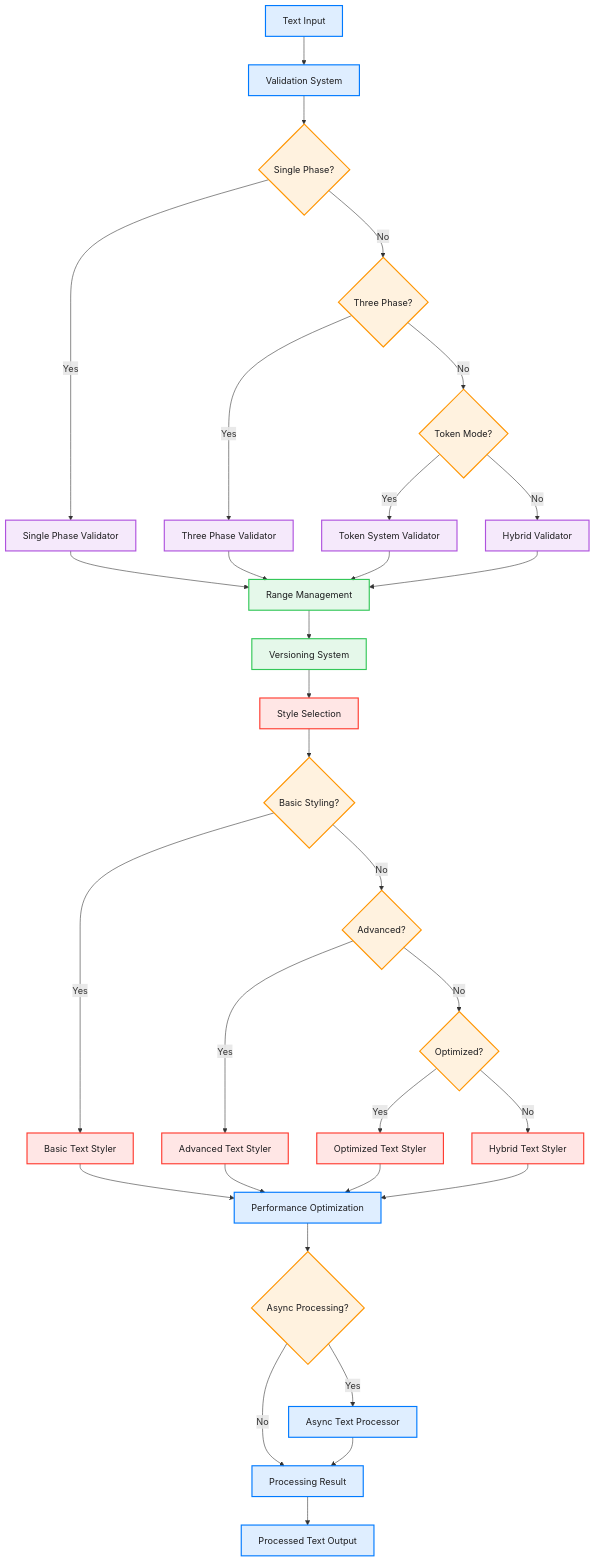
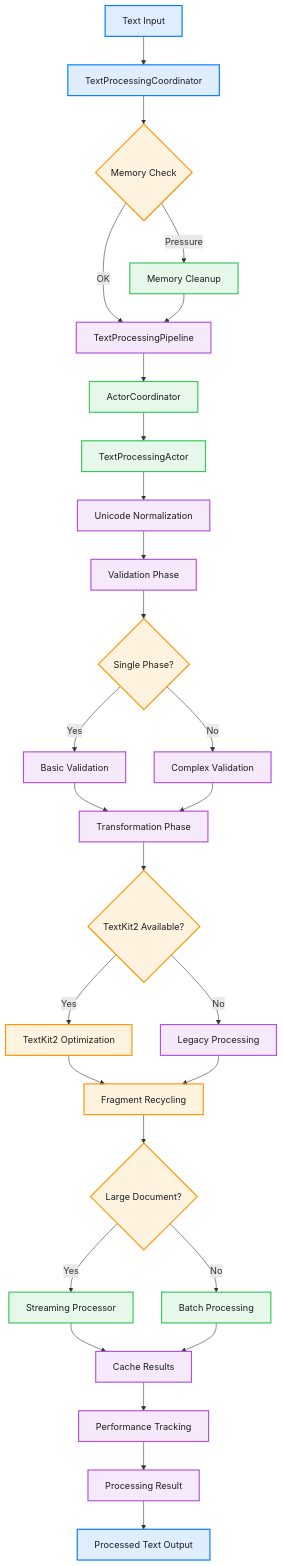
One commit to ajmcclary/CodeEditorKit changed the second of 2 diagrams in Diagrams/17-advanced-text-processing-pipeline.md. Above: the diagram before and after it, drawn with Mermaid. The commit also changed other lines of this file and 29 other files, not shown here.

First line of the commit message:
Enhance architecture documentation and add debugging integration

````diff
--- a/Diagrams/17-advanced-text-processing-pipeline.md
+++ b/Diagrams/17-advanced-text-processing-pipeline.md
@@ -368,78 +524,75 @@
 ```mermaid
 flowchart TB
-    INPUT[Text Input] --> VALIDATE[Validation System]
+    INPUT[Text Input] --> COORD[TextProcessingCoordinator]
+    
+    COORD --> MEMORY{Memory Check}
+    MEMORY -->|OK| PIPELINE[TextProcessingPipeline]
+    MEMORY -->|Pressure| CLEANUP[Memory Cleanup]
+    CLEANUP --> PIPELINE
+    
+    PIPELINE --> ACTOR[ActorCoordinator]
+    ACTOR --> TEXTACTOR[TextProcessingActor]
+    
+    TEXTACTOR --> UNICODE[Unicode Normalization]
+    UNICODE --> VALIDATE[Validation Phase]
     
     VALIDATE --> SINGLE{Single Phase?}
-    SINGLE -->|Yes| SINGLEV[Single Phase Validator]
-    SINGLE -->|No| THREE{Three Phase?}
+    SINGLE -->|Yes| BASIC[Basic Validation]
+    SINGLE -->|No| COMPLEX[Complex Validation]
     
-    THREE -->|Yes| THREEV[Three Phase Validator]
-    THREE -->|No| TOKEN{Token Mode?}
+    BASIC --> TRANSFORM[Transformation Phase]
+    COMPLEX --> TRANSFORM
     
-    TOKEN -->|Yes| TOKENV[Token System Validator]
-    TOKEN -->|No| HYBRID[Hybrid Validator]
+    TRANSFORM --> TEXTKIT2{TextKit2 Available?}
+    TEXTKIT2 -->|Yes| TK2OPT[TextKit2 Optimization]
+    TEXTKIT2 -->|No| LEGACY[Legacy Processing]
     
-    SINGLEV --> RANGE[Range Management]
-    THREEV --> RANGE
-    TOKENV --> RANGE
-    HYBRID --> RANGE
+    TK2OPT --> FRAGMENT[Fragment Recycling]
+    LEGACY --> FRAGMENT
     
-    RANGE --> VERSION[Versioning System]
-    VERSION --> STYLE[Style Selection]
+    FRAGMENT --> STREAM{Large Document?}
+    STREAM -->|Yes| STREAMING[Streaming Processor]
+    STREAM -->|No| BATCH[Batch Processing]
     
-    STYLE --> BASIC{Basic Styling?}
-    BASIC -->|Yes| BASICS[Basic Text Styler]
-    BASIC -->|No| ADVANCED{Advanced?}
+    STREAMING --> CACHE[Cache Results]
+    BATCH --> CACHE
     
-    ADVANCED -->|Yes| ADVS[Advanced Text Styler]
-    ADVANCED -->|No| OPTIM{Optimized?}
-    
-    OPTIM -->|Yes| OPTS[Optimized Text Styler]
-    OPTIM -->|No| HYBS[Hybrid Text Styler]
-    
-    BASICS --> OPTIMIZE[Performance Optimization]
-    ADVS --> OPTIMIZE
-    OPTS --> OPTIMIZE
-    HYBS --> OPTIMIZE
-    
-    OPTIMIZE --> ASYNC{Async Processing?}
-    ASYNC -->|Yes| ASYNCP[Async Text Processor]
-    ASYNC -->|No| RESULT[Processing Result]
-    
-    ASYNCP --> RESULT
+    CACHE --> PERF[Performance Tracking]
+    PERF --> RESULT[Processing Result]
     RESULT --> OUTPUT[Processed Text Output]
 
-    %% Styling - Dark mode friendly colors
+    %% Styling
     classDef input fill:#007AFF20,stroke:#007AFF,stroke-width:2px,color:#1D1D1F
-    classDef process fill:#007AFF20,stroke:#007AFF,stroke-width:2px,color:#1D1D1F
+    classDef coordinator fill:#007AFF20,stroke:#007AFF,stroke-width:2px,color:#1D1D1F
+    classDef actor fill:#34C75920,stroke:#34C759,stroke-width:2px,color:#1D1D1F
     classDef decision fill:#FF950020,stroke:#FF9500,stroke-width:2px,color:#1D1D1F
-    classDef validator fill:#AF52DE20,stroke:#AF52DE,stroke-width:2px,color:#1D1D1F
-    classDef system fill:#34C75920,stroke:#34C759,stroke-width:2px,color:#1D1D1F
-    classDef styler fill:#FF3B3020,stroke:#FF3B30,stroke-width:2px,color:#1D1D1F
+    classDef process fill:#AF52DE20,stroke:#AF52DE,stroke-width:2px,color:#1D1D1F
+    classDef textkit2 fill:#FF950020,stroke:#FF9500,stroke-width:2px,color:#1D1D1F
+    classDef memory fill:#34C75920,stroke:#34C759,stroke-width:2px,color:#1D1D1F
     classDef output fill:#007AFF20,stroke:#007AFF,stroke-width:2px,color:#1D1D1F
     
     class INPUT input
-    class OUTPUT input
+    class OUTPUT output
+    class COORD coordinator
+    class ACTOR actor
+    class TEXTACTOR actor
+    class MEMORY decision
+    class SINGLE decision
+    class TEXTKIT2 decision
+    class STREAM decision
+    class PIPELINE process
+    class UNICODE process
     class VALIDATE process
-    class OPTIMIZE process
-    class ASYNCP process
-    class SINGLE decision
-    class THREE decision
-    class TOKEN decision
-    class BASIC decision
-    class ADVANCED decision
-    class OPTIM decision
-    class ASYNC decision
-    class SINGLEV validator
-    class THREEV validator
-    class TOKENV validator
-    class HYBRID validator
-    class RANGE system
-    class VERSION system
-    class STYLE styler
-    class BASICS styler
-    class ADVS styler
-    class OPTS styler
-    class HYBS styler
-    class RESULT output
+    class BASIC process
+    class COMPLEX process
+    class TRANSFORM process
+    class CACHE process
+    class PERF process
+    class RESULT process
+    class TK2OPT textkit2
+    class FRAGMENT textkit2
+    class CLEANUP memory
+    class STREAMING memory
+    class BATCH memory
+    class LEGACY process
 ```
````
